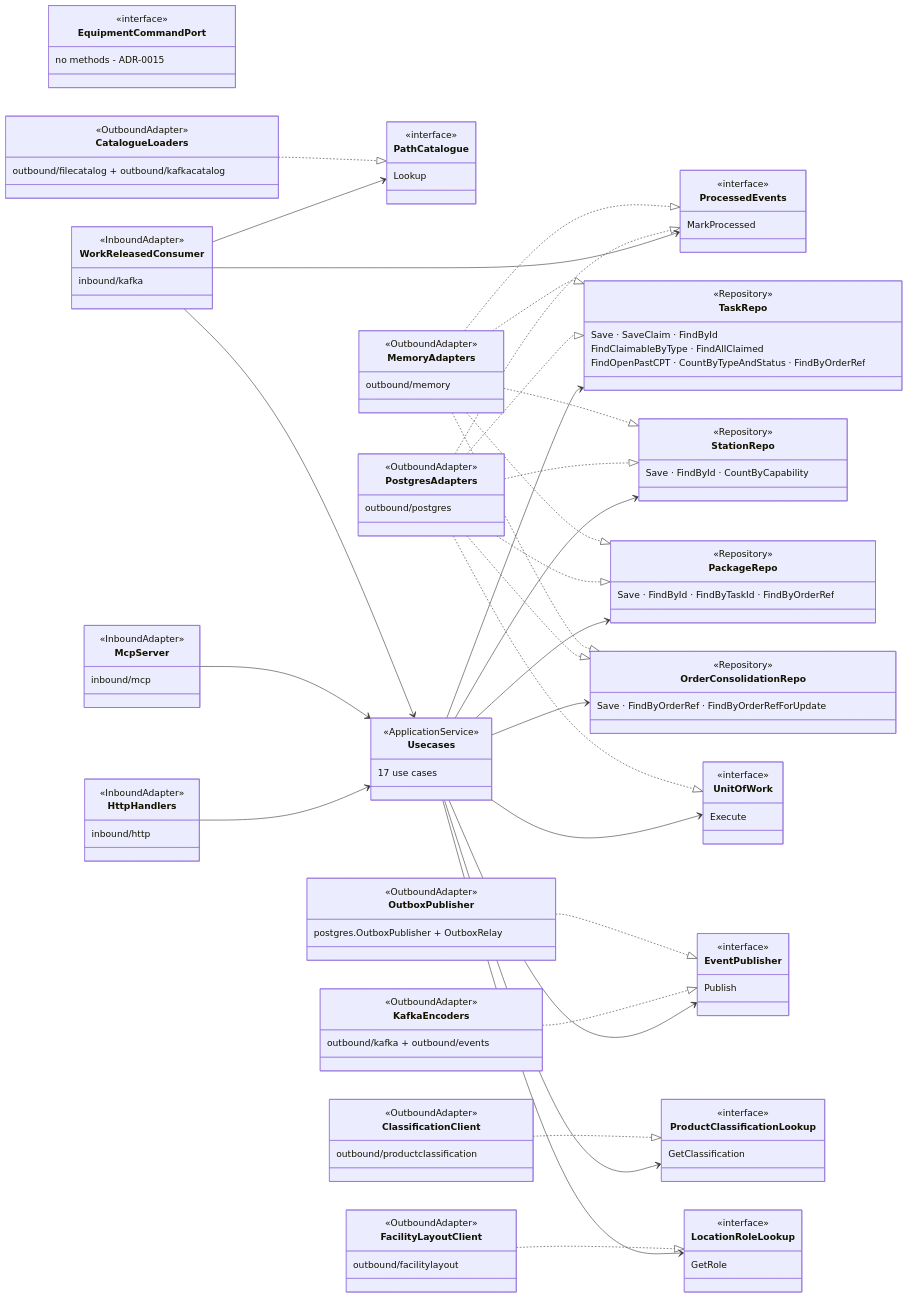
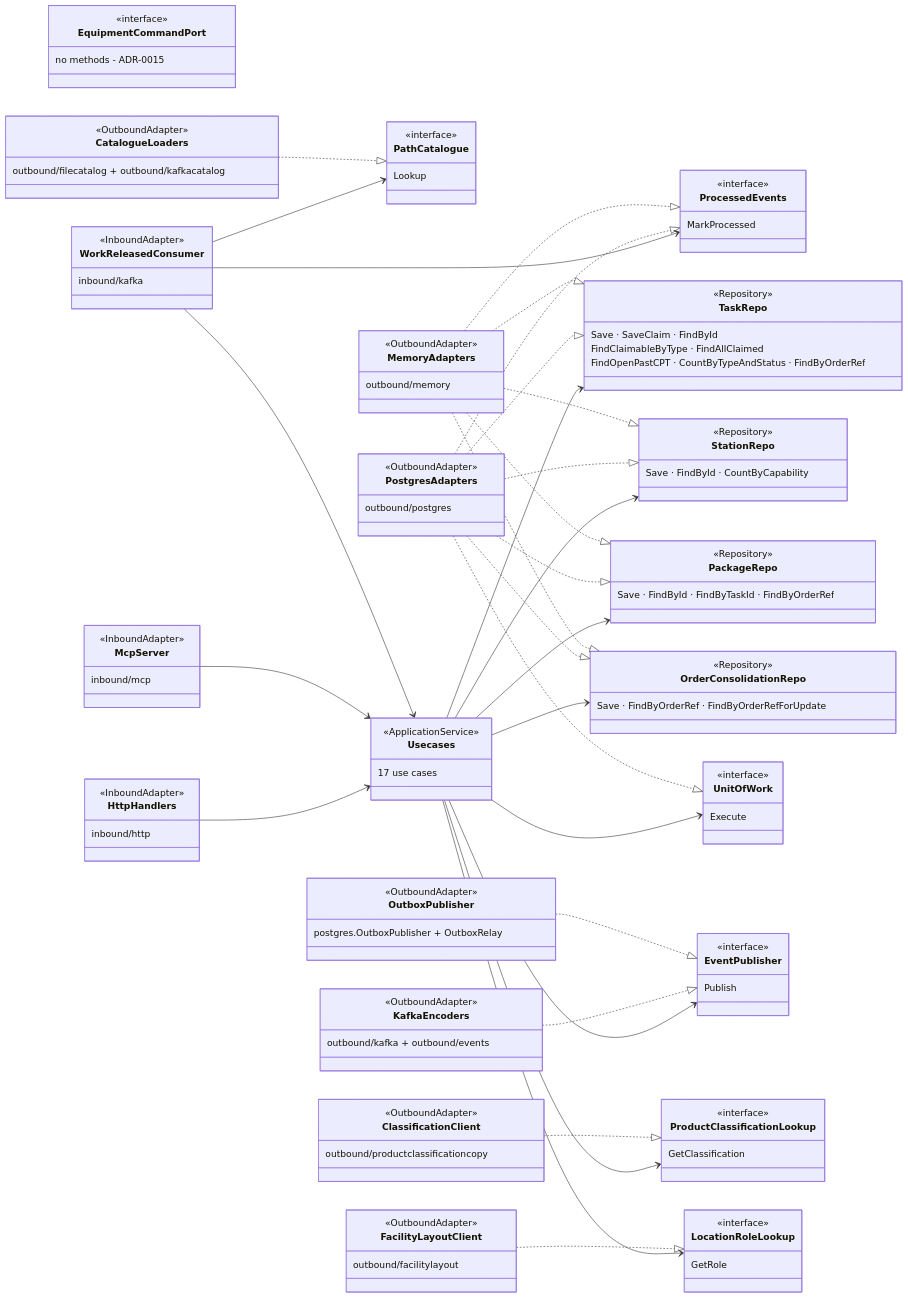
The third of 3 diagrams in docs/contexts/fulfillment-execution/class-diagram.md (IQVO/warehouse-docs), drawn with Mermaid before and after one commit. The commit also changed 118 other files, not shown here.

```diff
--- a/docs/contexts/fulfillment-execution/class-diagram.md
+++ b/docs/contexts/fulfillment-execution/class-diagram.md
@@ -364,7 +364,7 @@
     }
     class ClassificationClient {
         <<OutboundAdapter>>
-        outbound/productclassification
+        outbound/productclassificationcopy
     }
     class FacilityLayoutClient {
         <<OutboundAdapter>>
```
